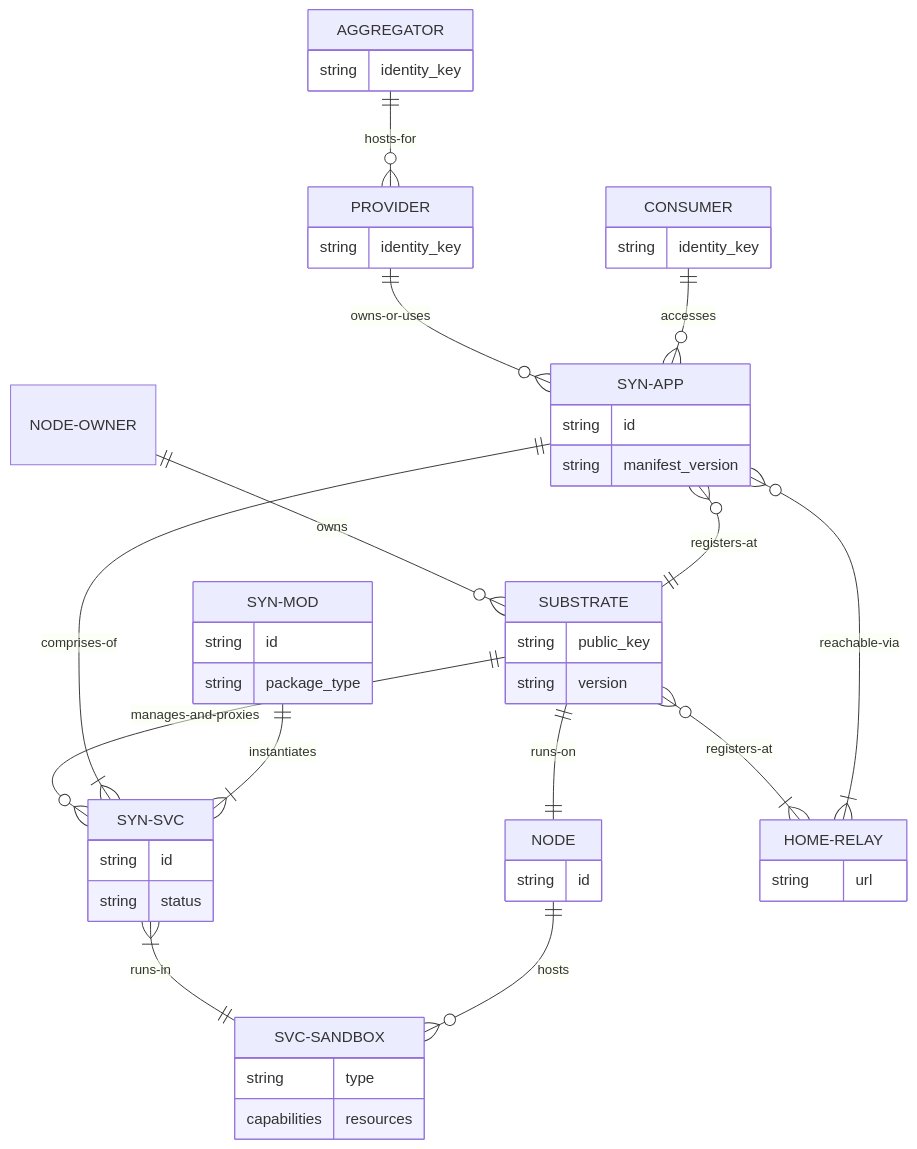
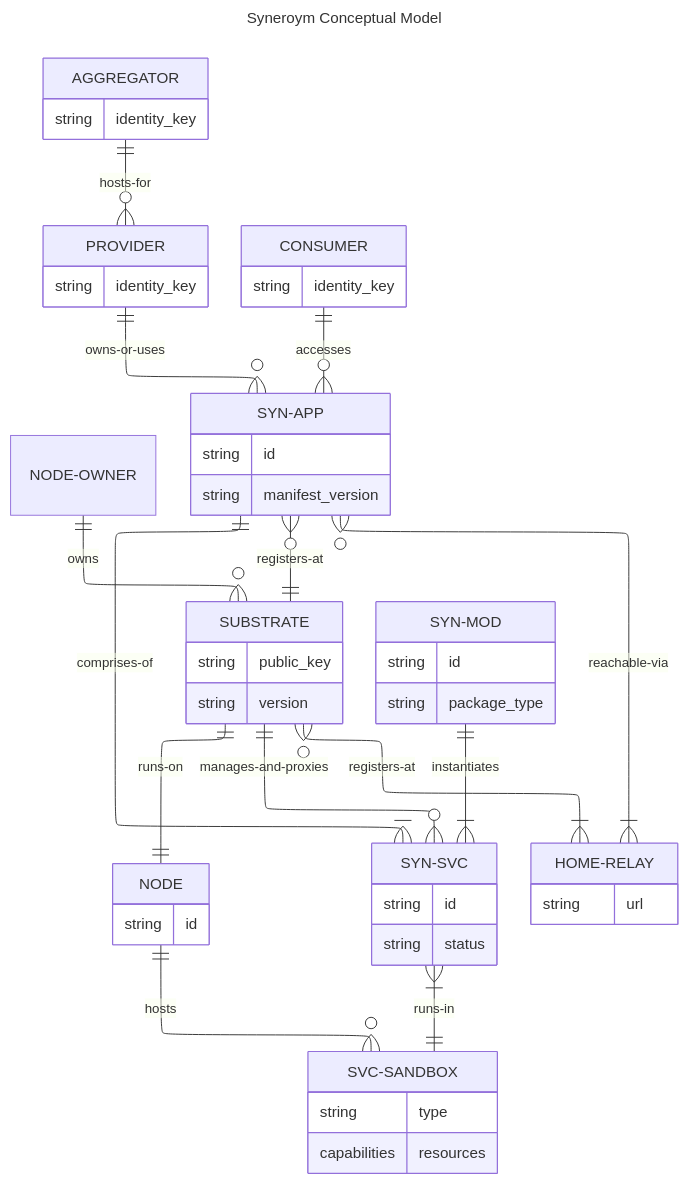
One commit to syneroym/syneroym changed the second of 21 diagrams in docs/architecture.md. Above: the diagram before and after it, drawn with Mermaid.

Commit message:
docs: model layout change

````diff
--- a/docs/architecture.md
+++ b/docs/architecture.md
@@ -93,27 +93,32 @@
 ```mermaid
+---
+title: Syneroym Conceptual Model
+config:
+    layout: elk
+---
 erDiagram
     NODE-OWNER ||--o{ SUBSTRATE : owns
     SUBSTRATE ||--|| NODE : runs-on
     SUBSTRATE ||--o{ SYN-SVC : manages-and-proxies
     SUBSTRATE }o--|{ HOME-RELAY : registers-at
     SYN-APP ||--|{ SYN-SVC : comprises-of
     SYN-APP }o--|| SUBSTRATE : registers-at
     SYN-SVC }|--|| SVC-SANDBOX : runs-in
     NODE ||--o{ SVC-SANDBOX : hosts
     SYN-MOD ||--|{ SYN-SVC : instantiates
     SYN-APP }o--|{ HOME-RELAY : reachable-via
     PROVIDER ||--o{ SYN-APP : owns-or-uses
     AGGREGATOR ||--o{ PROVIDER : hosts-for
     CONSUMER ||--o{ SYN-APP : accesses
 
     NODE { string id }
     SUBSTRATE { string public_key string version }
     SYN-SVC { string id string status }
     SYN-APP { string id string manifest_version }
     SYN-MOD { string id string package_type }
     SVC-SANDBOX { string type capabilities resources }
     HOME-RELAY { string url }
     PROVIDER { string identity_key }
     CONSUMER { string identity_key }
     AGGREGATOR { string identity_key }
 ```
````
